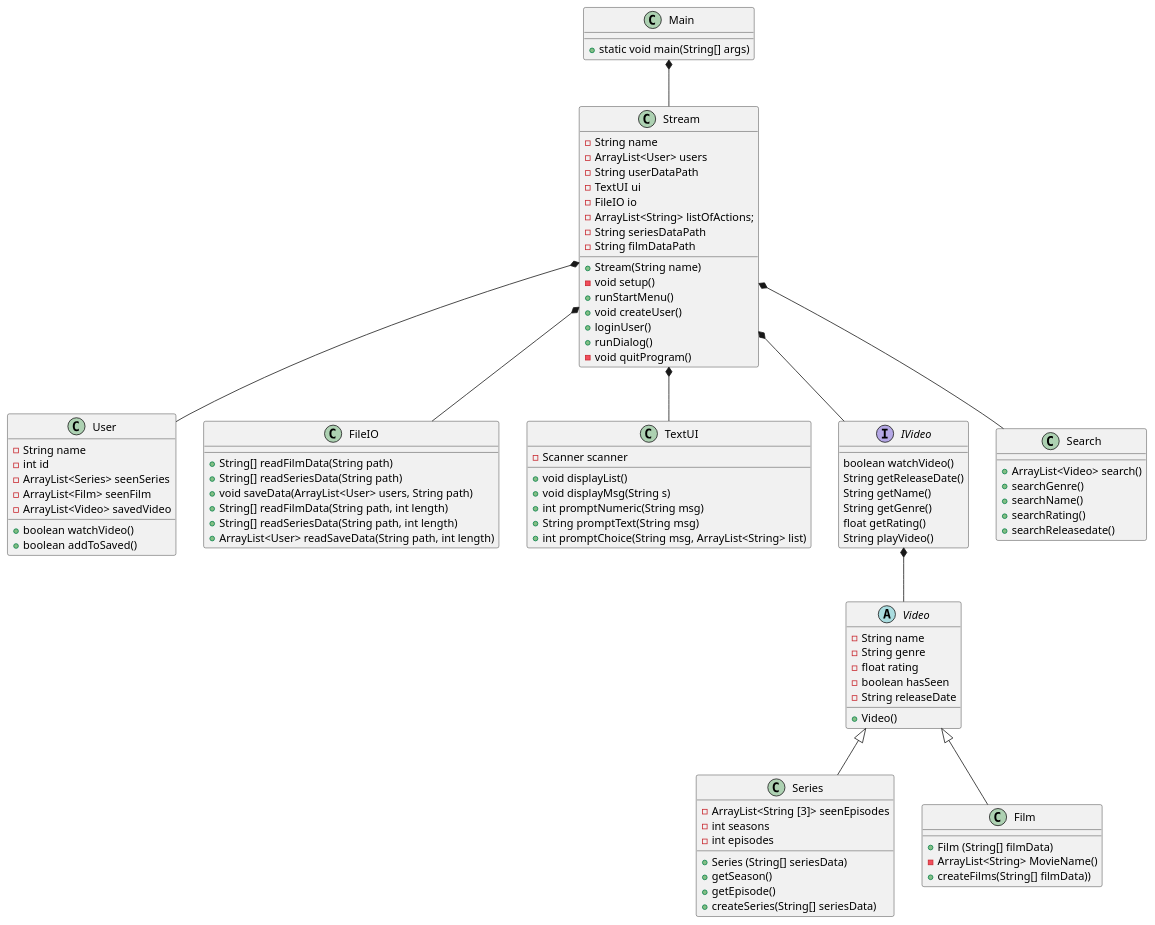
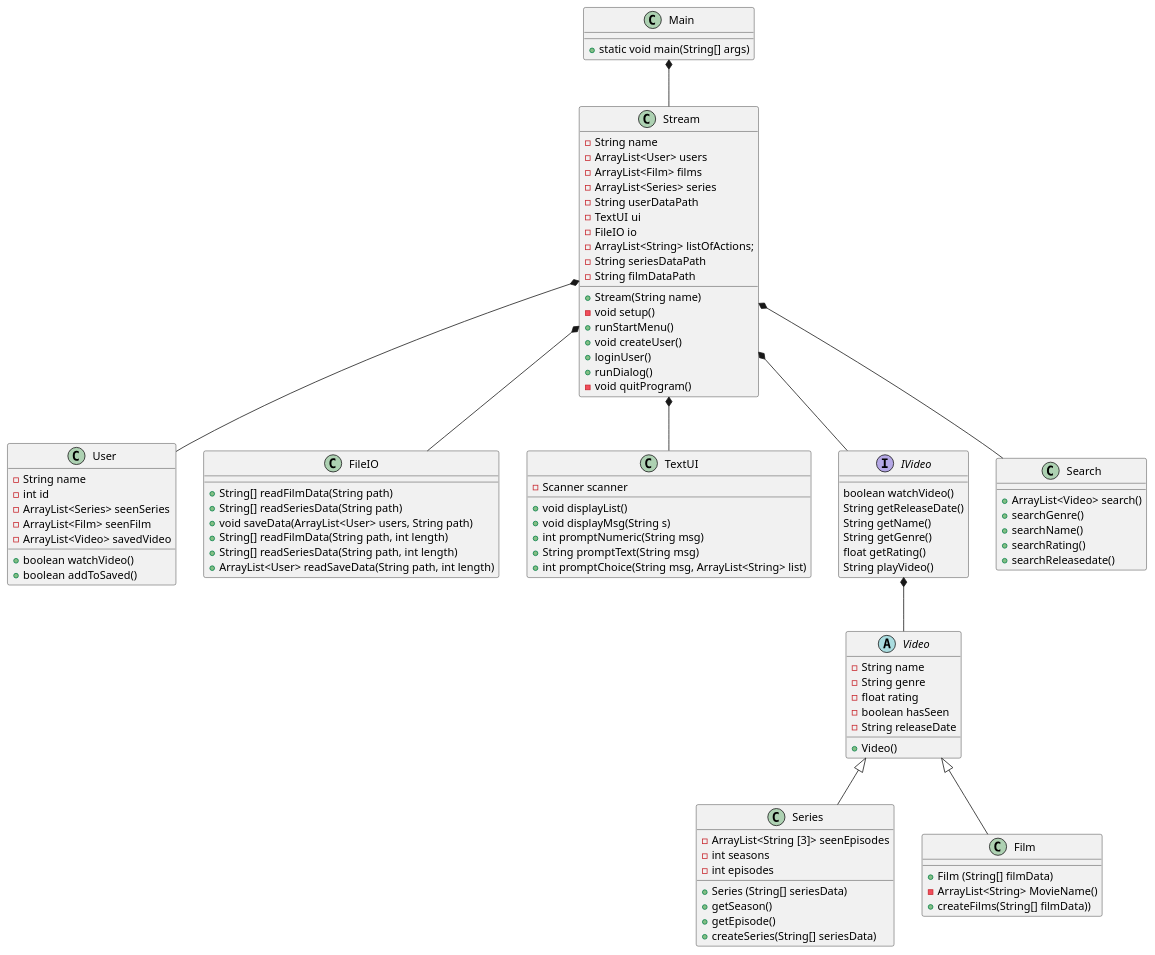
The diagram in doc/Plan/static/classdiagram.puml (Gervig/SP3-Gruppe-C), drawn with PlantUML before and after one commit.

```diff
--- a/doc/Plan/static/classdiagram.puml
+++ b/doc/Plan/static/classdiagram.puml
@@ -1,125 +1,127 @@
 @startuml
 'https://plantuml.com/class-diagram
 
 class Main{
 + static void main(String[] args)
 }
 
 class Stream{
 - String name
 'utilities
 - ArrayList<User> users
+- ArrayList<Film> films
+- ArrayList<Series> series
 - String userDataPath
 - TextUI ui
 - FileIO io
 - ArrayList<String> listOfActions;
 - String seriesDataPath
 - String filmDataPath
 'constructor
 + Stream(String name)
 'methods
 - void setup()
 ' setup er til er at læse data
 + runStartMenu()
 + void createUser()
 ' skal createUser være void? Det er den i matador
 ' createUser skal vel checke om der er andre med det brugernavn
 + loginUser()
 ' skal loginUser være void?
 ' den skal vel checke om der er en user med det username og tjekke om loginnet er korrekt
 + runDialog()
 ' i runDialog kan man vælge at søge
 - void quitProgram()
 }
 
 
 class User{
 - String name
 - int id
 - ArrayList<Series> seenSeries
 - ArrayList<Film> seenFilm
 - ArrayList<Video> savedVideo
 + boolean watchVideo()
 + boolean addToSaved()
 }
 
 class FileIO{
 + String[] readFilmData(String path)
 + String[] readSeriesData(String path)
 + void saveData(ArrayList<User> users, String path)
 + String[] readFilmData(String path, int length)
 + String[] readSeriesData(String path, int length)
 + ArrayList<User> readSaveData(String path, int length)
 }
 
 class TextUI{
 - Scanner scanner
 + void displayList()
 + void displayMsg(String s)
 + int promptNumeric(String msg)
 + String promptText(String msg)
 + int promptChoice(String msg, ArrayList<String> list)
 }
 
 interface IVideo {
 boolean watchVideo()
 String getReleaseDate()
 String getName()
 String getGenre()
 float getRating()
 String playVideo()
 }
 
 abstract Class Video{
 - String name
 - String genre
 - float rating
 - boolean hasSeen
 - String releaseDate
 'constructor
 + Video()
 }
 
 class Series{
 - ArrayList<String [3]> seenEpisodes
 - int seasons
 - int episodes
 + Series (String[] seriesData)
 + getSeason()
 + getEpisode()
 + createSeries(String[] seriesData)
 }
 
 class Film {
 'constructor
 + Film (String[] filmData)
 - ArrayList<String> MovieName()
 + createFilms(String[] filmData))
 }
 
 
 class Search{
 + ArrayList<Video> search()
 'methods til de forskellige søgemuligheder
 ' Skal disse returnere objekterne fra video?
 + searchGenre()
 + searchName()
 + searchRating()
 + searchReleasedate()
 'skal vi have funktioner der kun søger blandt serier og film adskilt?
 }
 
 IVideo *-- Video
 
 Video <|-- Series
 Video <|-- Film
 
 Main *-- Stream
 
 Stream *-- User
 Stream *-- FileIO
 Stream *-- TextUI
 Stream *-- IVideo
 Stream *-- Search
 
 @enduml
```
